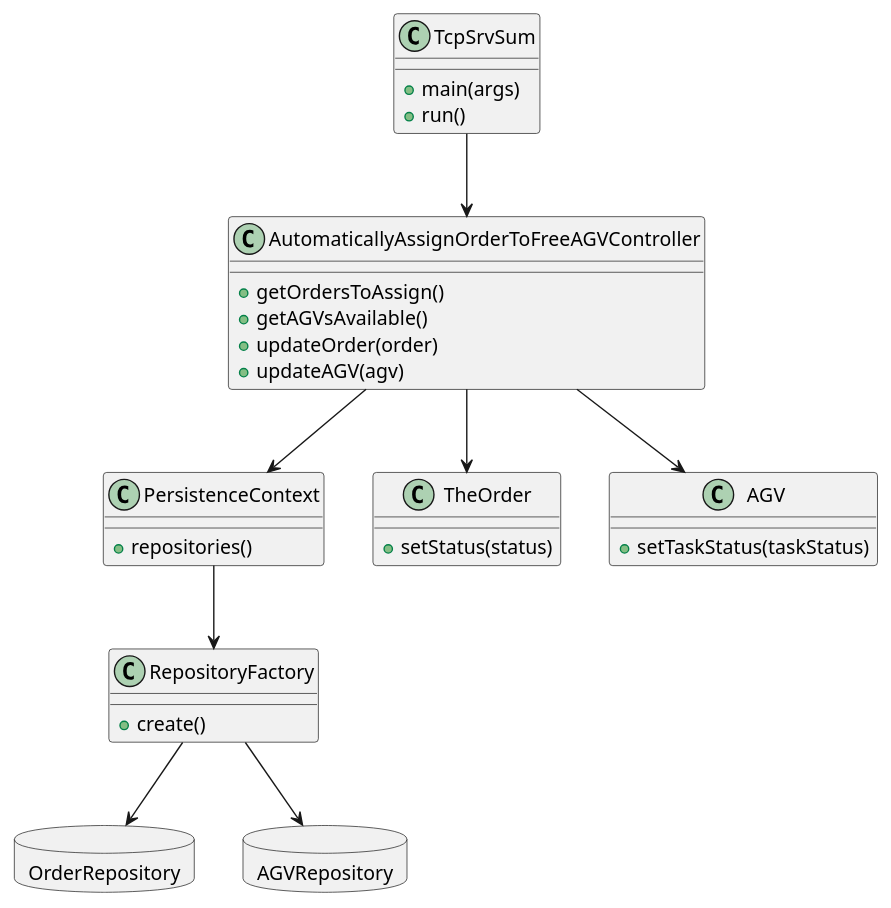
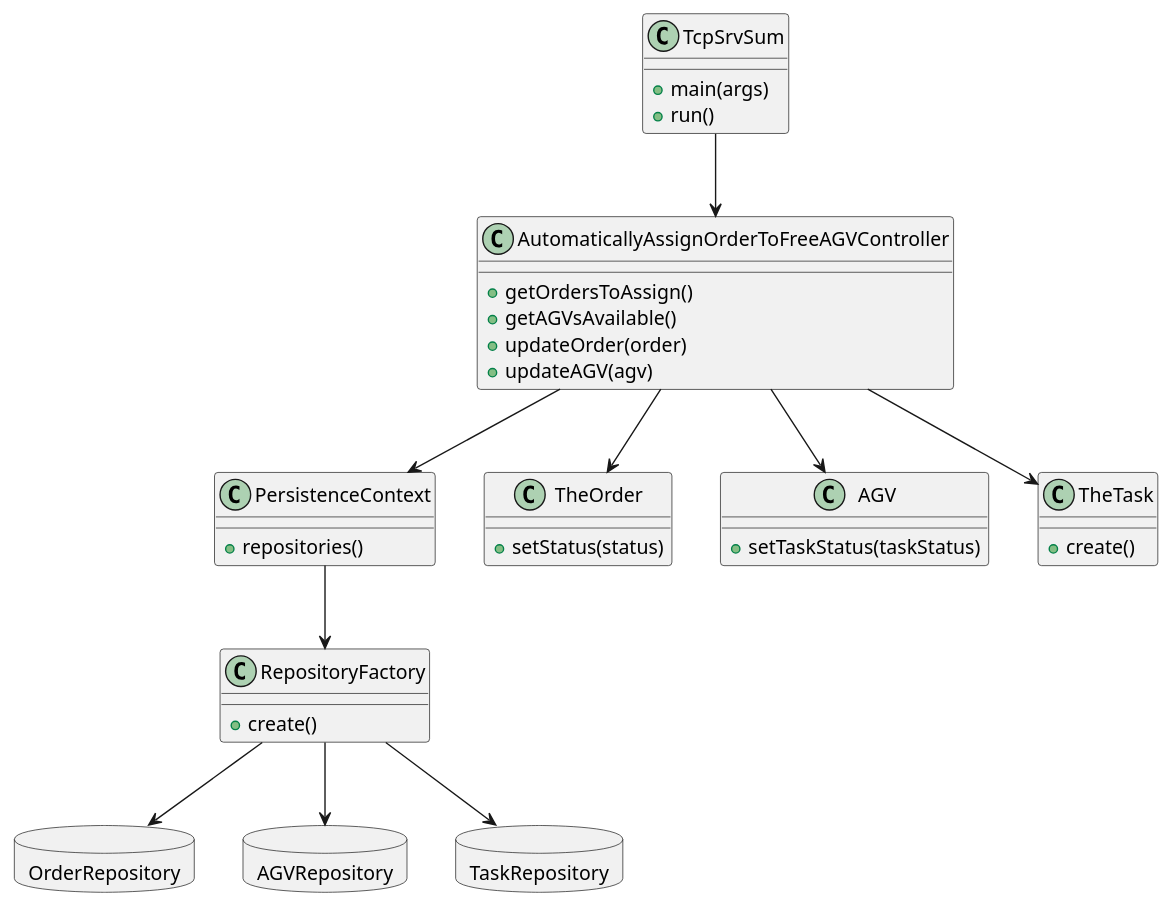
Before and after one commit to ana-albergaria/LAPR4-ISEP: the diagram in docs/1201592/US4002/US_4002_CD.puml, drawn with PlantUML. The commit also changed 4 other files, not shown here.

Commit message:
Issue #11 - Changed diagrams due to changes in the code.

```diff
--- a/docs/1201592/US4002/US_4002_CD.puml
+++ b/docs/1201592/US4002/US_4002_CD.puml
@@ -1,49 +1,58 @@
 @startuml
 
 class TcpSrvSum{
 +main(args)
 +run()
 }
 
 class AutomaticallyAssignOrderToFreeAGVController{
 +getOrdersToAssign()
 +getAGVsAvailable()
 +updateOrder(order)
 +updateAGV(agv)
 }
 
 class PersistenceContext{
 +repositories()
 }
 
 class RepositoryFactory{
 +create()
 }
 
 database OrderRepository{
 }
 
 database AGVRepository{
 }
 
+database TaskRepository{
+}
+
 class TheOrder{
 +setStatus(status)
 }
 
 class AGV{
 +setTaskStatus(taskStatus)
+}
+
+class TheTask{
++create()
 }
 
 TcpSrvSum --> AutomaticallyAssignOrderToFreeAGVController
 
 AutomaticallyAssignOrderToFreeAGVController --> PersistenceContext
 
 PersistenceContext --> RepositoryFactory
 
 RepositoryFactory --> OrderRepository
 RepositoryFactory --> AGVRepository
+RepositoryFactory --> TaskRepository
 
 AutomaticallyAssignOrderToFreeAGVController --> TheOrder
 AutomaticallyAssignOrderToFreeAGVController --> AGV
+AutomaticallyAssignOrderToFreeAGVController --> TheTask
 
 @enduml
```
